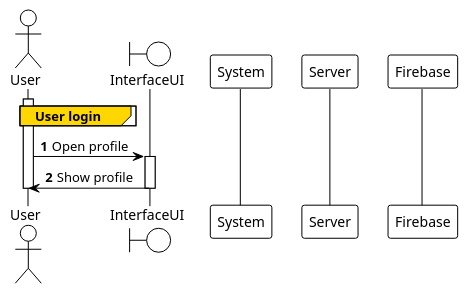
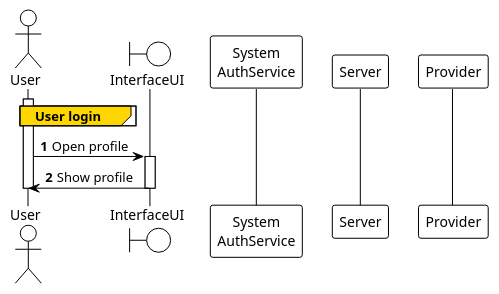
Before and after one commit to nonodev96/THUMDER: the diagram in UML/4.Sequence/4.4.ModifyAccount.puml, drawn with PlantUML. The commit also changed 41 other files, not shown here.

Commit message:
Fix with drag and drop, new component card with docs and names in UML sequences changes

```diff
--- a/UML/4.Sequence/4.4.ModifyAccount.puml
+++ b/UML/4.Sequence/4.4.ModifyAccount.puml
@@ -1,25 +1,25 @@
 @startuml
 'https://plantuml.com/sequence-diagram
 !theme plain
 
 autonumber
 
 actor User
 boundary InterfaceUI
-participant System
+participant "System\nAuthService" as system
 participant Server
-participant Firebase
+participant "Provider" as Firebase
 
 activate User
 group#Gold User login
 
 end
 
 User -> InterfaceUI: Open profile
 activate InterfaceUI
 User <- InterfaceUI: Show profile
 deactivate InterfaceUI
 
 deactivate User
 
 @enduml
```
